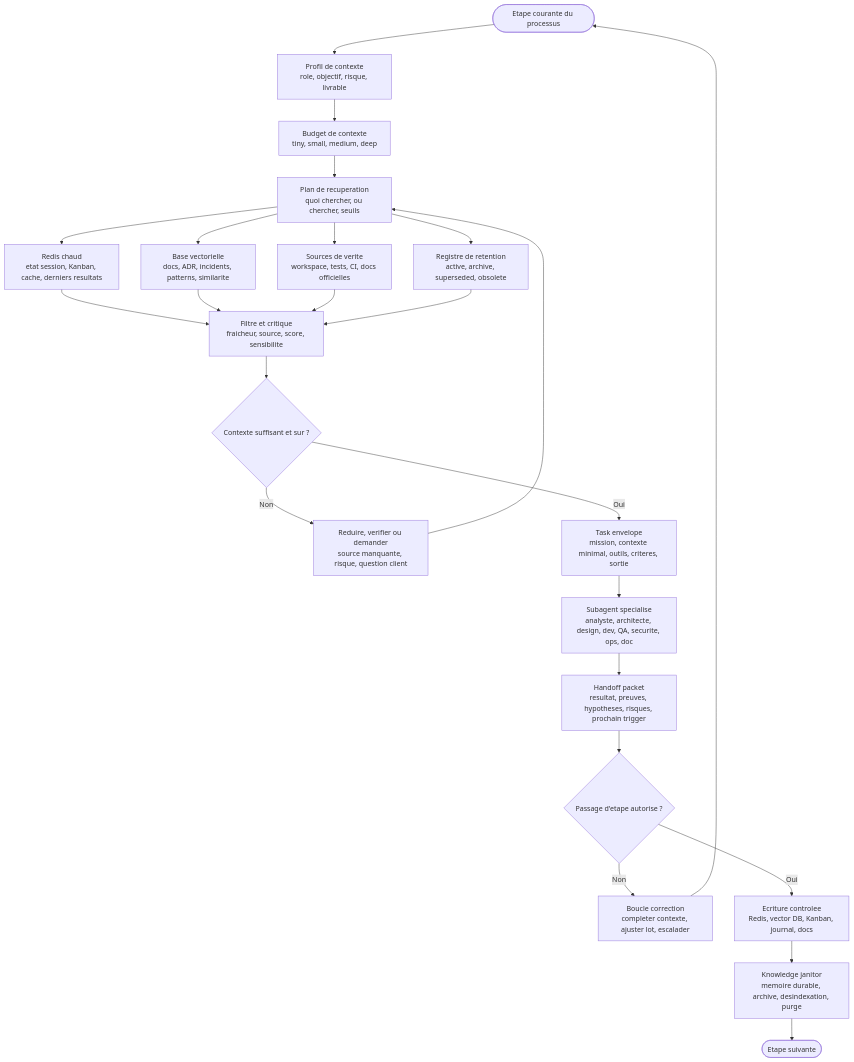
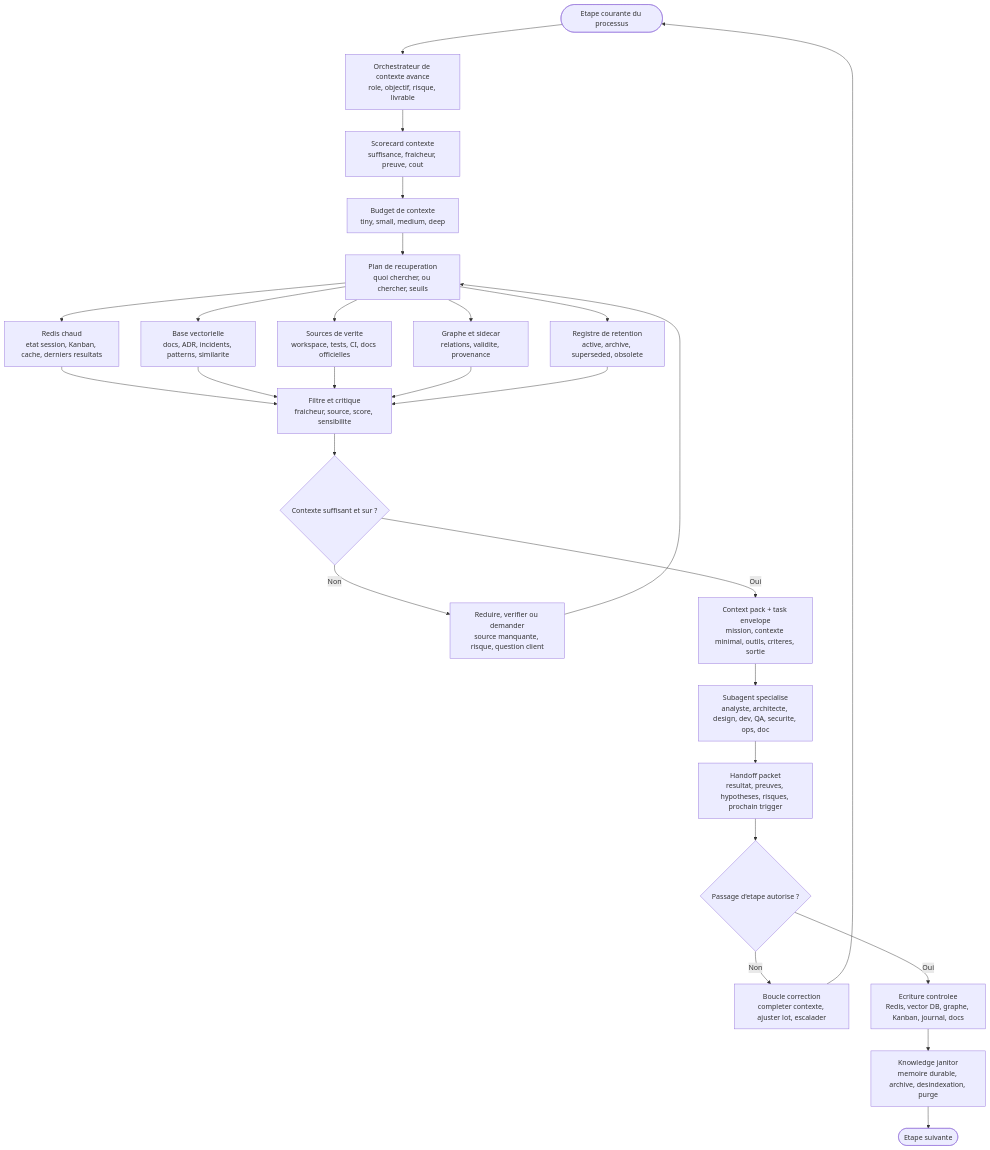
The diagram in docs/orchestration-contexte-agentique.md (Guilhem-Bonnet/processus-developpement-agentique), drawn with Mermaid before and after one commit. The commit also changed other lines of this file and 35 other files, not shown here.

````diff
--- a/docs/orchestration-contexte-agentique.md
+++ b/docs/orchestration-contexte-agentique.md
@@ -9,31 +9,34 @@
 ```mermaid
 flowchart TD
-    A([Etape courante du processus]) --> B["Profil de contexte<br/>role, objectif, risque, livrable"]
-    B --> C["Budget de contexte<br/>tiny, small, medium, deep"]
+    A([Etape courante du processus]) --> B["Orchestrateur de contexte avance<br/>role, objectif, risque, livrable"]
+    B --> B1["Scorecard contexte<br/>suffisance, fraicheur, preuve, cout"]
+    B1 --> C["Budget de contexte<br/>tiny, small, medium, deep"]
     C --> D["Plan de recuperation<br/>quoi chercher, ou chercher, seuils"]
 
     D --> E1["Redis chaud<br/>etat session, Kanban, cache, derniers resultats"]
     D --> E2["Base vectorielle<br/>docs, ADR, incidents, patterns, similarite"]
     D --> E3["Sources de verite<br/>workspace, tests, CI, docs officielles"]
-    D --> E4["Registre de retention<br/>active, archive, superseded, obsolete"]
+    D --> E4["Graphe et sidecar<br/>relations, validite, provenance"]
+    D --> E5["Registre de retention<br/>active, archive, superseded, obsolete"]
 
     E1 --> F["Filtre et critique<br/>fraicheur, source, score, sensibilite"]
     E2 --> F
     E3 --> F
     E4 --> F
+    E5 --> F
 
     F --> G{Contexte suffisant et sur ?}
     G -- Non --> H["Reduire, verifier ou demander<br/>source manquante, risque, question client"]
     H --> D
-    G -- Oui --> I["Task envelope<br/>mission, contexte minimal, outils, criteres, sortie"]
+    G -- Oui --> I["Context pack + task envelope<br/>mission, contexte minimal, outils, criteres, sortie"]
 
     I --> J["Subagent specialise<br/>analyste, architecte, design, dev, QA, securite, ops, doc"]
     J --> K["Handoff packet<br/>resultat, preuves, hypotheses, risques, prochain trigger"]
     K --> L{Passage d'etape autorise ?}
 
     L -- Non --> M["Boucle correction<br/>completer contexte, ajuster lot, escalader"]
     M --> A
-    L -- Oui --> N["Ecriture controlee<br/>Redis, vector DB, Kanban, journal, docs"]
+    L -- Oui --> N["Ecriture controlee<br/>Redis, vector DB, graphe, Kanban, journal, docs"]
     N --> P["Knowledge janitor<br/>memoire durable, archive, desindexation, purge"]
     P --> O([Etape suivante])
 ```
````
